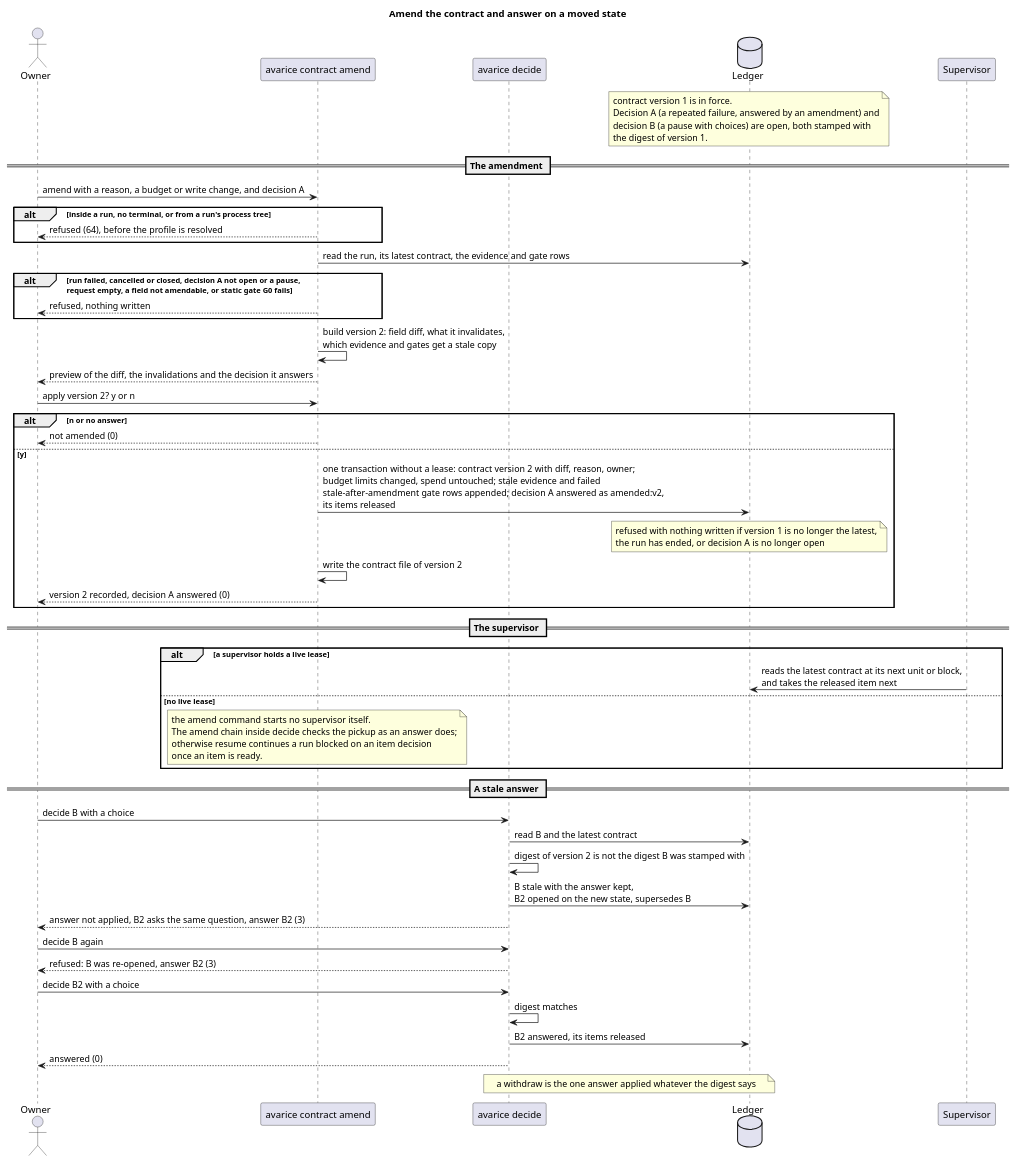
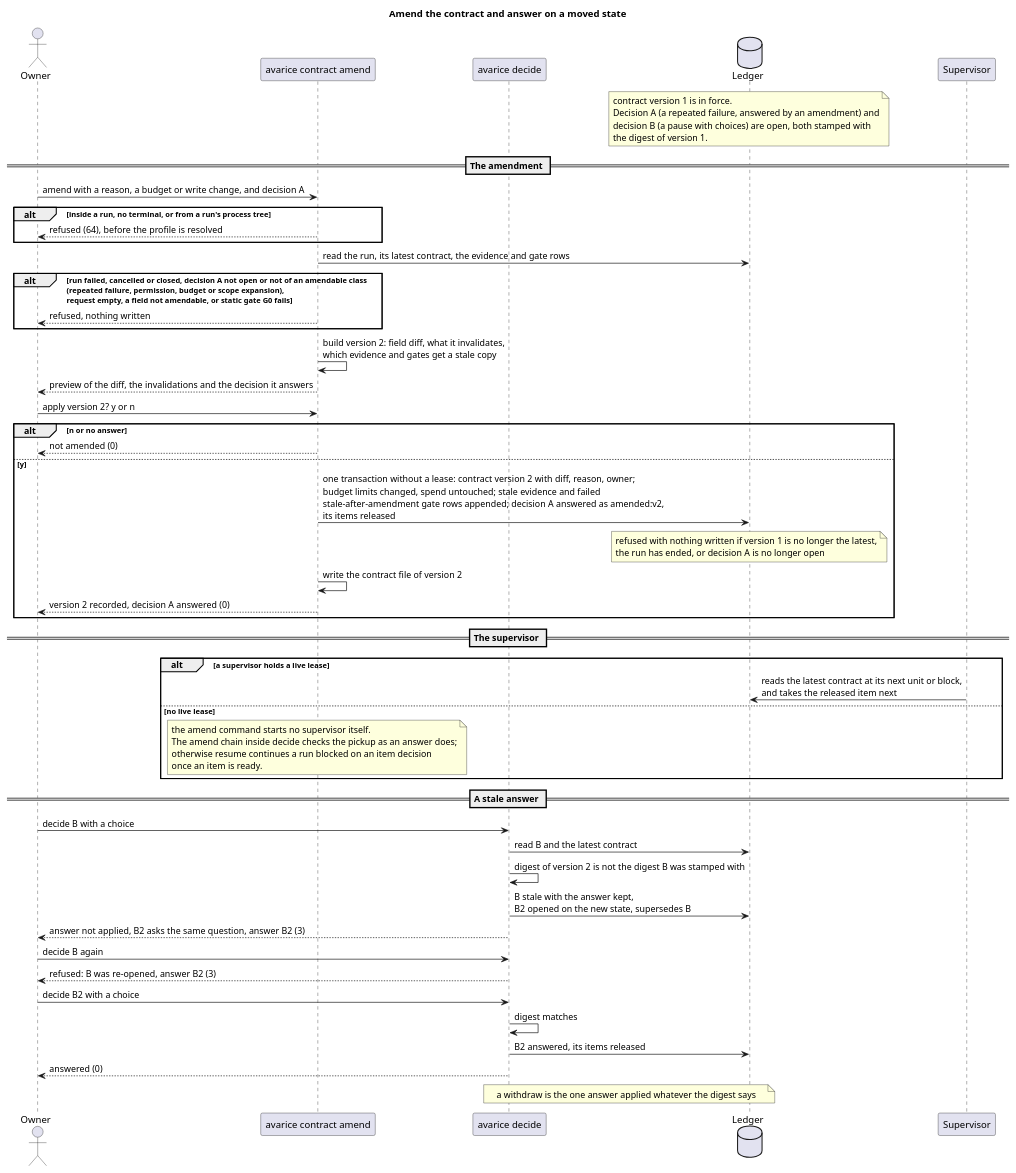
The diagram in docs/system/diagrams/run-amend-stale.puml (aa-phan/avarice), drawn with PlantUML before and after one commit. The commit also changed 5 other files, not shown here.

First line of the commit message:
docs(03-33): apply round 1 findings of group B to runs, processes, data model and the three flows

```diff
--- a/docs/system/diagrams/run-amend-stale.puml
+++ b/docs/system/diagrams/run-amend-stale.puml
@@ -1,53 +1,53 @@
 @startuml
 title Amend the contract and answer on a moved state
 
 actor Owner
 participant "avarice contract amend" as Amend
 participant "avarice decide" as Decide
 database Ledger
 participant Supervisor
 
 note over Ledger : contract version 1 is in force.\nDecision A (a repeated failure, answered by an amendment) and\ndecision B (a pause with choices) are open, both stamped with\nthe digest of version 1.
 
 == The amendment ==
 Owner -> Amend : amend with a reason, a budget or write change, and decision A
 alt inside a run, no terminal, or from a run's process tree
   Amend --> Owner : refused (64), before the profile is resolved
 end
 Amend -> Ledger : read the run, its latest contract, the evidence and gate rows
-alt run failed, cancelled or closed, decision A not open or a pause,\nrequest empty, a field not amendable, or static gate G0 fails
+alt run failed, cancelled or closed, decision A not open or not of an amendable class\n(repeated failure, permission, budget or scope expansion),\nrequest empty, a field not amendable, or static gate G0 fails
   Amend --> Owner : refused, nothing written
 end
 Amend -> Amend : build version 2: field diff, what it invalidates,\nwhich evidence and gates get a stale copy
 Amend --> Owner : preview of the diff, the invalidations and the decision it answers
 Owner -> Amend : apply version 2? y or n
 alt n or no answer
   Amend --> Owner : not amended (0)
 else y
   Amend -> Ledger : one transaction without a lease: contract version 2 with diff, reason, owner;\nbudget limits changed, spend untouched; stale evidence and failed\nstale-after-amendment gate rows appended; decision A answered as amended:v2,\nits items released
   note over Ledger : refused with nothing written if version 1 is no longer the latest,\nthe run has ended, or decision A is no longer open
   Amend -> Amend : write the contract file of version 2
   Amend --> Owner : version 2 recorded, decision A answered (0)
 end
 
 == The supervisor ==
 alt a supervisor holds a live lease
   Supervisor -> Ledger : reads the latest contract at its next unit or block,\nand takes the released item next
 else no live lease
   note over Amend : the amend command starts no supervisor itself.\nThe amend chain inside decide checks the pickup as an answer does;\notherwise resume continues a run blocked on an item decision\nonce an item is ready.
 end
 
 == A stale answer ==
 Owner -> Decide : decide B with a choice
 Decide -> Ledger : read B and the latest contract
 Decide -> Decide : digest of version 2 is not the digest B was stamped with
 Decide -> Ledger : B stale with the answer kept,\nB2 opened on the new state, supersedes B
 Decide --> Owner : answer not applied, B2 asks the same question, answer B2 (3)
 Owner -> Decide : decide B again
 Decide --> Owner : refused: B was re-opened, answer B2 (3)
 Owner -> Decide : decide B2 with a choice
 Decide -> Decide : digest matches
 Decide -> Ledger : B2 answered, its items released
 Decide --> Owner : answered (0)
 note over Decide, Ledger : a withdraw is the one answer applied whatever the digest says
 @enduml
```
